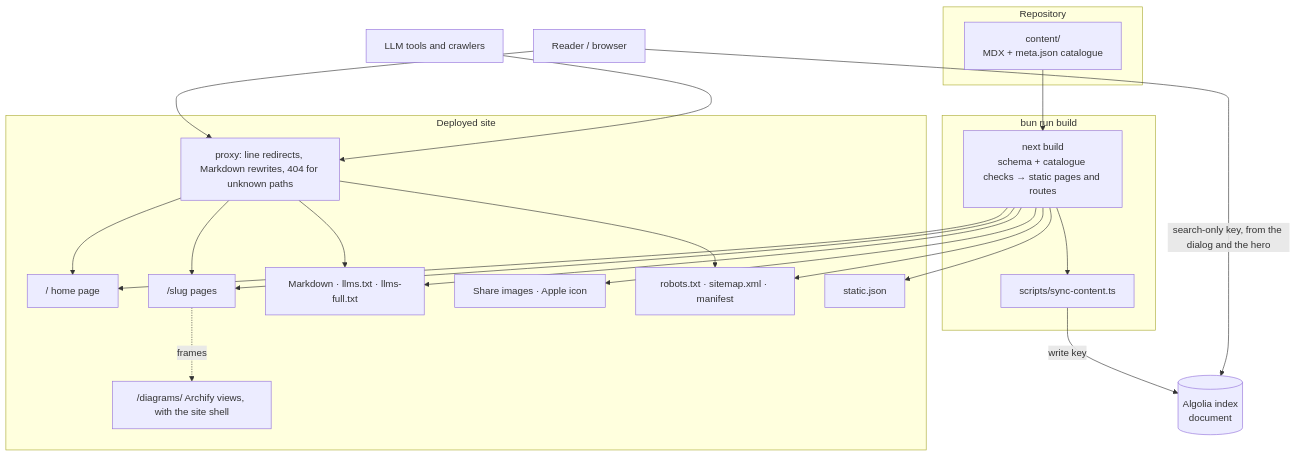
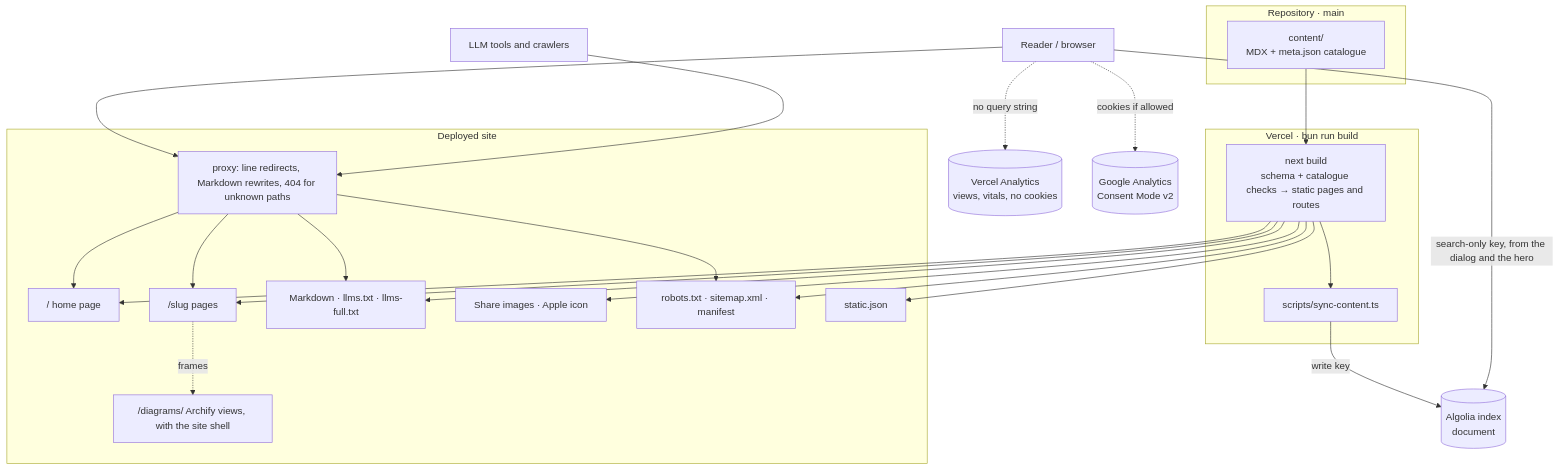
One commit to nepal-dev-com/docs.nepal-dev.com changed the diagram in content/docs/maintain/architecture/system.mdx. Above: the diagram before and after it, drawn with Mermaid. The commit also changed other lines of this file and 57 other files, not shown here.

First line of the commit message:
feat(site): add analytics consent and Vercel deployment

````diff
--- a/content/docs/maintain/architecture/system.mdx
+++ b/content/docs/maintain/architecture/system.mdx
@@ -136,30 +142,34 @@
 ```mermaid
 flowchart TB
-  subgraph Repo["Repository"]
+  subgraph Repo["Repository · main"]
     CONTENT["content/<br/>MDX + meta.json catalogue"]
   end
-  subgraph Build["bun run build"]
+  subgraph Build["Vercel · bun run build"]
     NEXT["next build<br/>schema + catalogue checks → static pages and routes"]
     SYNC["scripts/sync-content.ts"]
   end
   subgraph Site["Deployed site"]
     PROXY["proxy: line redirects, Markdown rewrites, 404 for unknown paths"]
     HOME["/ home page"]
     PAGES["/slug pages"]
     MD["Markdown · llms.txt · llms-full.txt"]
     OG["Share images · Apple icon"]
     CRAWL["robots.txt · sitemap.xml · manifest"]
     DIAG["/diagrams/ Archify views, with the site shell"]
     REC["static.json"]
   end
   ALG[("Algolia index<br/>document")]
   Reader["Reader / browser"]
+  VA[("Vercel Analytics<br/>views, vitals, no cookies")]
+  GA[("Google Analytics<br/>Consent Mode v2")]
   Bot["LLM tools and crawlers"]
 
   CONTENT --> NEXT --> HOME & PAGES & MD & OG & REC & CRAWL
   NEXT --> SYNC -->|write key| ALG
   Reader --> PROXY --> HOME & PAGES
   Reader -->|search-only key, from the dialog and the hero| ALG
   Bot --> PROXY --> MD & CRAWL
   PAGES -.->|frames| DIAG
+  Reader -.->|no query string| VA
+  Reader -.->|cookies if allowed| GA
 ```
````
